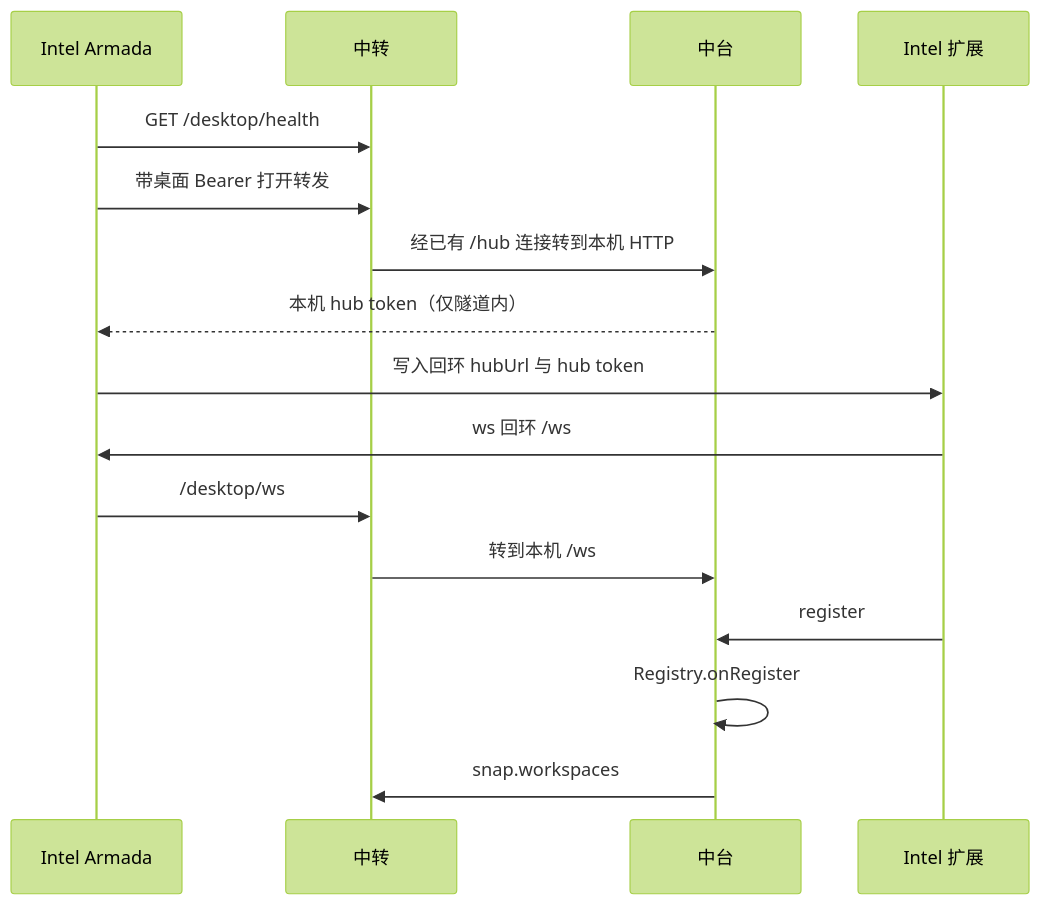
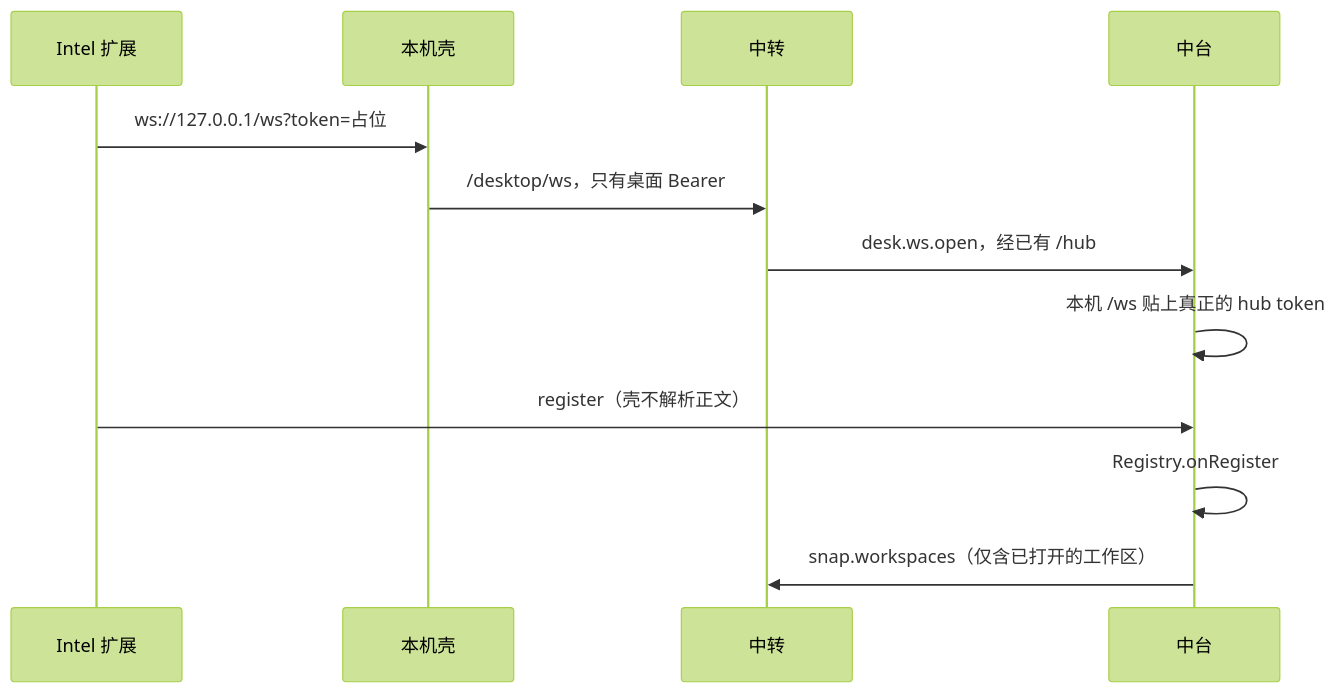
One commit to kaka926078890-tech/Armada changed the third of 3 diagrams in docs/superpowers/specs/2026-10-12-armada-relay-desktop-join-design.md. Above: the diagram before and after it, drawn with Mermaid (forest theme). The commit also changed other lines of this file and 1 other file, not shown here.

First line of the commit message:
docs: revise relay desktop join after the contract review

````diff
--- a/docs/superpowers/specs/2026-10-12-armada-relay-desktop-join-design.md
+++ b/docs/superpowers/specs/2026-10-12-armada-relay-desktop-join-design.md
@@ -162,18 +220,14 @@
 ```mermaid
 sequenceDiagram
-  participant Desk as Intel Armada
+  participant Ext as Intel 扩展
+  participant Shell as 本机壳
   participant Relay as 中转
   participant Hub as 中台
-  participant Ext as Intel 扩展
-  Desk->>Relay: GET /desktop/health
-  Desk->>Relay: 带桌面 Bearer 打开转发
-  Relay->>Hub: 经已有 /hub 连接转到本机 HTTP
-  Hub-->>Desk: 本机 hub token（仅隧道内）
-  Desk->>Ext: 写入回环 hubUrl 与 hub token
-  Ext->>Desk: ws 回环 /ws
-  Desk->>Relay: /desktop/ws
-  Relay->>Hub: 转到本机 /ws
-  Ext->>Hub: register
+  Ext->>Shell: ws://127.0.0.1/ws?token=占位
+  Shell->>Relay: /desktop/ws，只有桌面 Bearer
+  Relay->>Hub: desk.ws.open，经已有 /hub
+  Hub->>Hub: 本机 /ws 贴上真正的 hub token
+  Ext->>Hub: register（壳不解析正文）
   Hub->>Hub: Registry.onRegister
-  Hub->>Relay: snap.workspaces
+  Hub->>Relay: snap.workspaces（仅含已打开的工作区）
 ```
````
